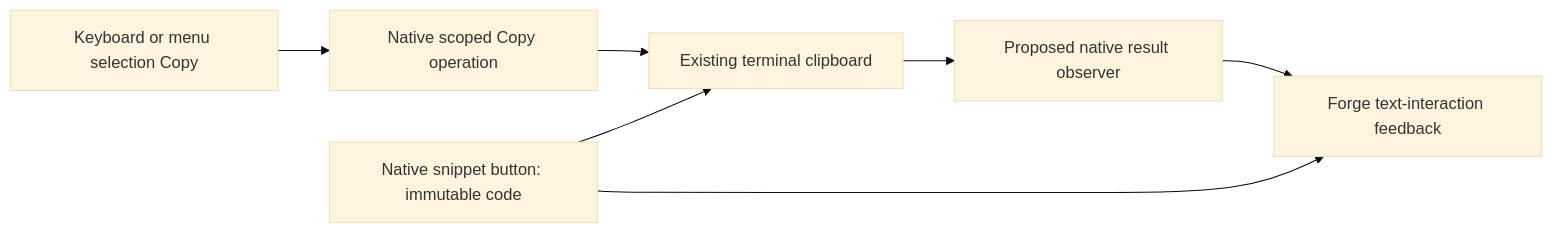
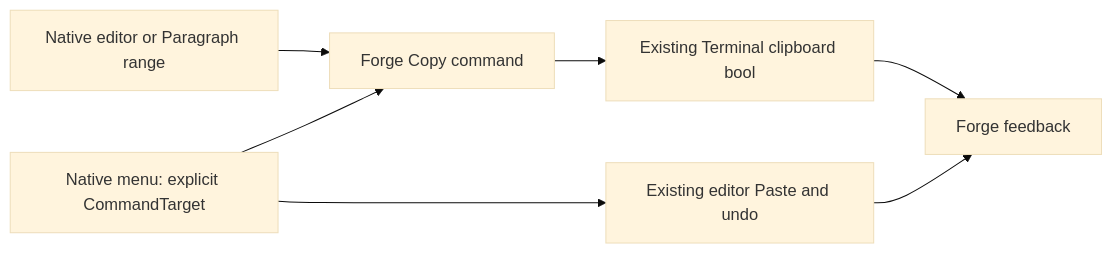
Before and after one commit to katasec/mission-control-language: the first of 3 diagrams in docs/phases/phase-70.1-text-interaction-foundation.md, drawn with Mermaid (base theme). The commit also changed other lines of this file and 5 other files, not shown here.

````diff
--- a/docs/phases/phase-70.1-text-interaction-foundation.md
+++ b/docs/phases/phase-70.1-text-interaction-foundation.md
@@ -85,9 +91,9 @@
 ```mermaid
 flowchart LR
-    Selection[Keyboard or menu selection Copy] --> Native[Native scoped Copy operation]
-    Native --> Clipboard[Existing terminal clipboard]
-    Clipboard --> Result[Proposed native result observer]
-    Result --> Feedback[Forge text-interaction feedback]
-    Snippet[Native snippet button: immutable code] --> Clipboard
-    Snippet --> Feedback
+    Range[Native editor or Paragraph range] --> Copy[Forge Copy command]
+    Copy --> Transport[Existing Terminal clipboard bool]
+    Transport --> Feedback[Forge feedback]
+    Menu[Native menu: explicit CommandTarget] --> Copy
+    Menu --> Paste[Existing editor Paste and undo]
+    Paste --> Feedback
 ```
````
